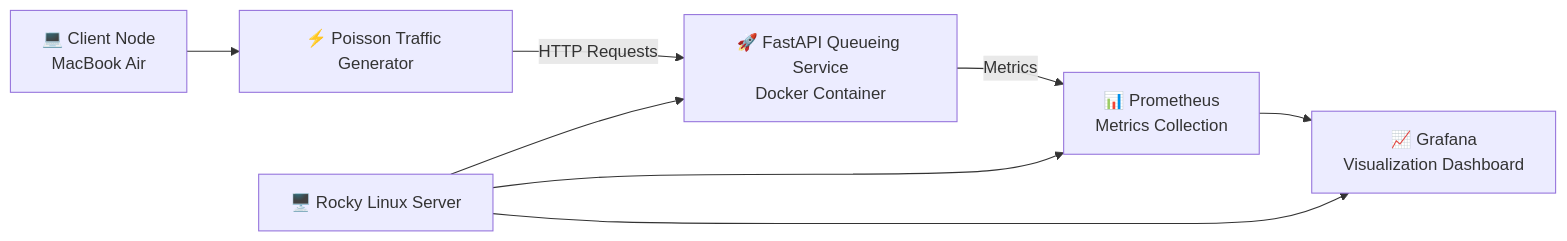
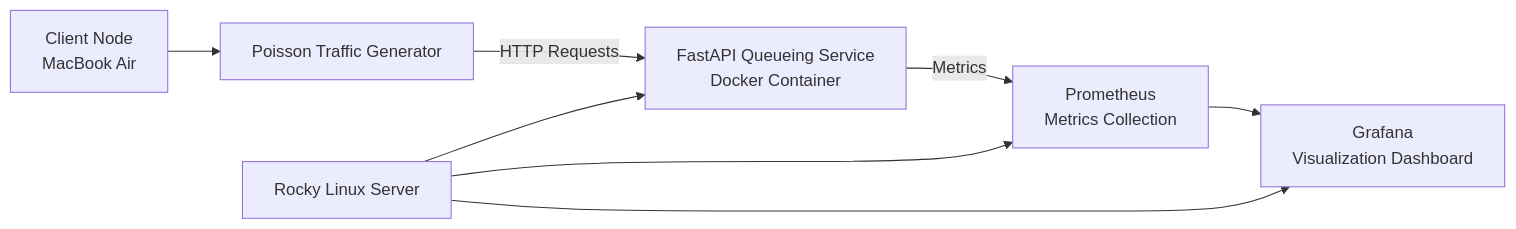
Before and after one commit to abidinfra/latency-slo-capacity-planning-digital-twin-queuing-theory: the diagram in README.md, drawn with Mermaid.

````diff
--- a/README.md
+++ b/README.md
@@ -9,24 +9,24 @@
 ```mermaid
 flowchart LR
 
-    Client["💻 Client Node<br/>MacBook Air"]
-    LoadGen["⚡ Poisson Traffic Generator"]
+    Client["Client Node<br/>MacBook Air"]
+    LoadGen["Poisson Traffic Generator"]
 
-    Rocky["🖥️ Rocky Linux Server"]
+    Rocky[" Rocky Linux Server"]
 
-    Service["🚀 FastAPI Queueing Service<br/>Docker Container"]
+    Service["FastAPI Queueing Service<br/>Docker Container"]
 
-    Prom["📊 Prometheus<br/>Metrics Collection"]
+    Prom[" Prometheus<br/>Metrics Collection"]
 
-    Graf["📈 Grafana<br/>Visualization Dashboard"]
+    Graf[" Grafana<br/>Visualization Dashboard"]
 
     Client --> LoadGen
     LoadGen -->|HTTP Requests| Service
 
     Rocky --> Service
     Rocky --> Prom
     Rocky --> Graf
 
     Service -->|Metrics| Prom
     Prom --> Graf
 ```
````
